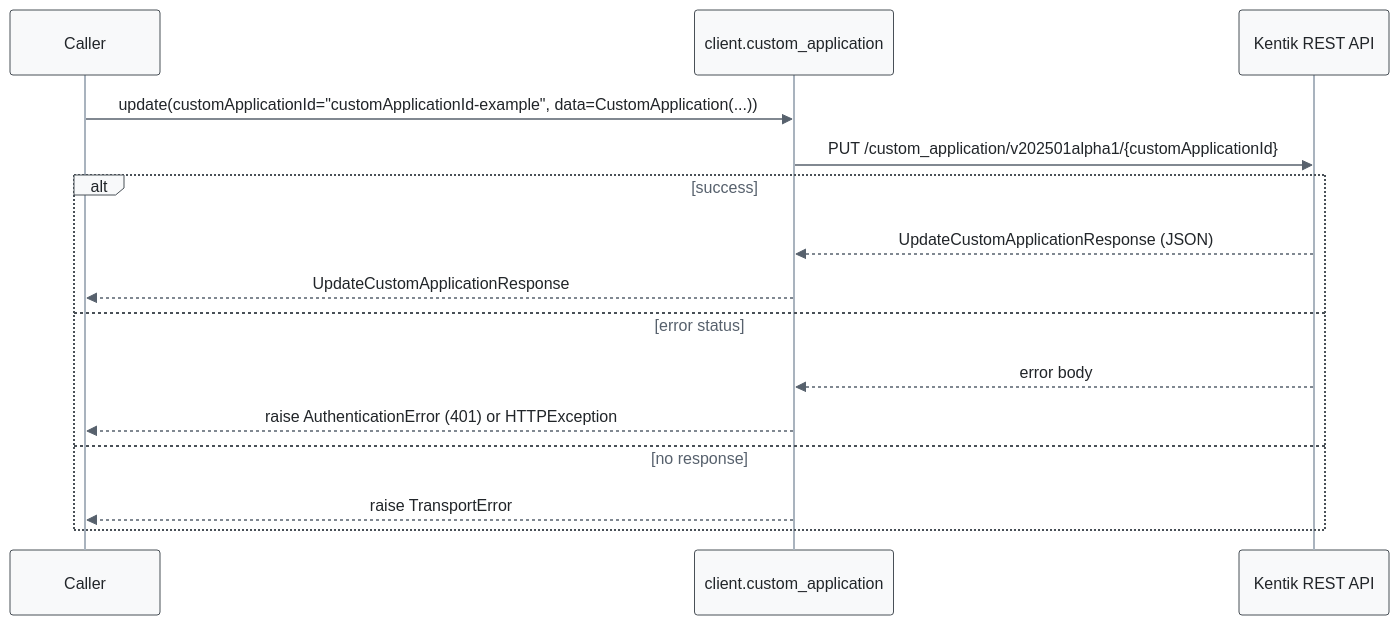
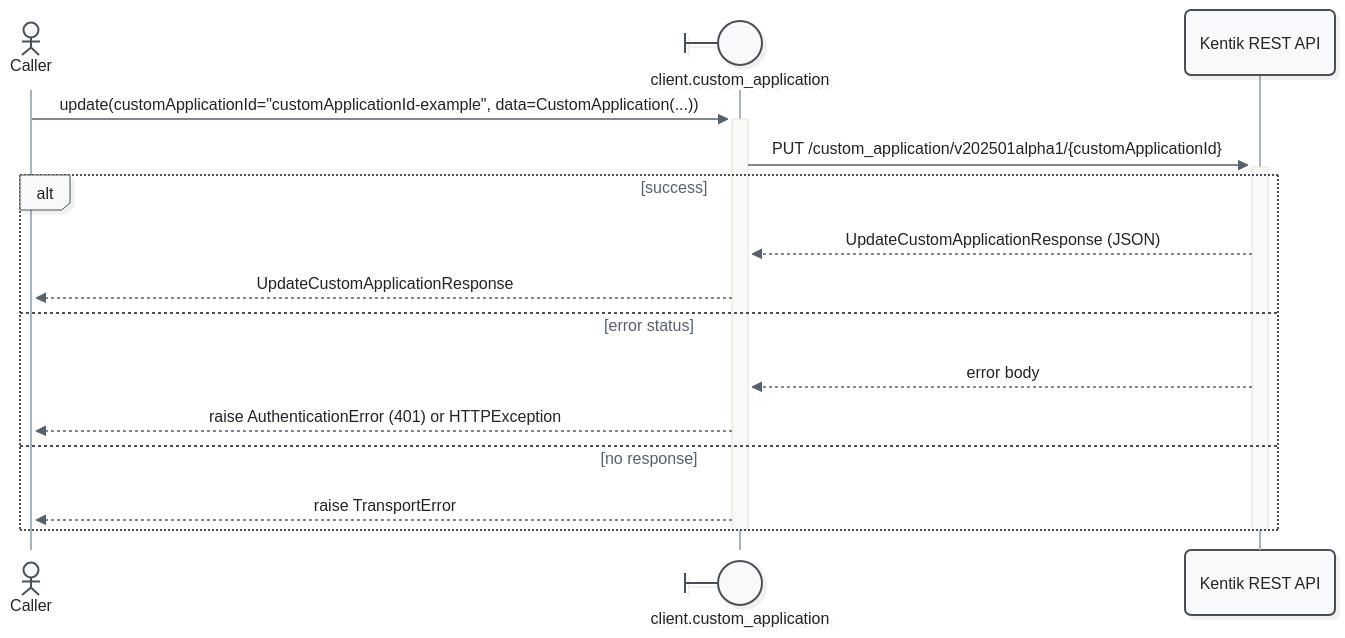
Before and after one commit to alexdearaujo/community_sdk_python: the seventh of 11 diagrams in docs/sphinx/services/custom_application.md, drawn with Mermaid. The commit also changed other lines of this file and 52 other files, not shown here.

First line of the commit message:
docs: Mermaid 12 sequence diagrams with participant types and path colors

````diff
--- a/docs/sphinx/services/custom_application.md
+++ b/docs/sphinx/services/custom_application.md
@@ -260,19 +275,21 @@
 ```mermaid
-%%{init: {"theme": "base", "fontFamily": "ui-monospace, SFMono-Regular, Menlo, monospace", "themeVariables": {"fontFamily": "ui-monospace, SFMono-Regular, Menlo, monospace", "primaryColor": "#f8f9fa", "primaryBorderColor": "#495057", "primaryTextColor": "#212529", "textColor": "#212529", "lineColor": "#77818c", "edgeLabelBackground": "#ffffff", "actorBkg": "#f8f9fa", "actorBorder": "#495057", "actorTextColor": "#212529", "actorLineColor": "#a9b3be", "signalColor": "#57616d", "signalTextColor": "#212529", "labelBoxBkgColor": "#f8f9fa", "labelBoxBorderColor": "#495057", "labelTextColor": "#212529", "loopTextColor": "#57616d", "noteBkgColor": "#fff9db", "noteBorderColor": "#f08c00", "noteTextColor": "#a35a00"}, "flowchart": {"curve": "step", "nodeSpacing": 30, "rankSpacing": 70, "wrappingWidth": 400}}}%%
+%%{init: {"theme": "redux", "look": "neo", "layout": "dagre", "fontFamily": "ui-monospace, SFMono-Regular, Menlo, monospace", "themeVariables": {"fontFamily": "ui-monospace, SFMono-Regular, Menlo, monospace", "primaryColor": "#f8f9fa", "primaryBorderColor": "#495057", "primaryTextColor": "#212529", "textColor": "#212529", "lineColor": "#77818c", "edgeLabelBackground": "#ffffff", "actorBkg": "#f8f9fa", "actorBorder": "#495057", "actorTextColor": "#212529", "actorLineColor": "#a9b3be", "signalColor": "#57616d", "signalTextColor": "#212529", "labelBoxBkgColor": "#f8f9fa", "labelBoxBorderColor": "#495057", "labelTextColor": "#212529", "loopTextColor": "#57616d", "noteBkgColor": "#fff9db", "noteBorderColor": "#f08c00", "noteTextColor": "#a35a00"}, "sequence": {"activationWidth": 16}, "flowchart": {"curve": "step", "nodeSpacing": 30, "rankSpacing": 70, "wrappingWidth": 400}}}%%
 sequenceDiagram
-    participant C as Caller
-    participant W as client.custom_application
+    actor C as Caller
+    participant W@{ "type": "boundary" } as client.custom_application
     participant API as Kentik REST API
 
-    C->>W: update(customApplicationId="customApplicationId-example", data=CustomApplication(...))
-    W->>API: PUT /custom_application/v202501alpha1/{customApplicationId}
+    C->>+W: update(customApplicationId="customApplicationId-example", data=CustomApplication(...))
+    W->>+API: PUT /custom_application/v202501alpha1/{customApplicationId}
     alt success
         API-->>W: UpdateCustomApplicationResponse (JSON)
         W-->>C: UpdateCustomApplicationResponse
     else error status
         API-->>W: error body
         W-->>C: raise AuthenticationError (401) or HTTPException
     else no response
         W-->>C: raise TransportError
     end
+    deactivate API
+    deactivate W
 ```
````
